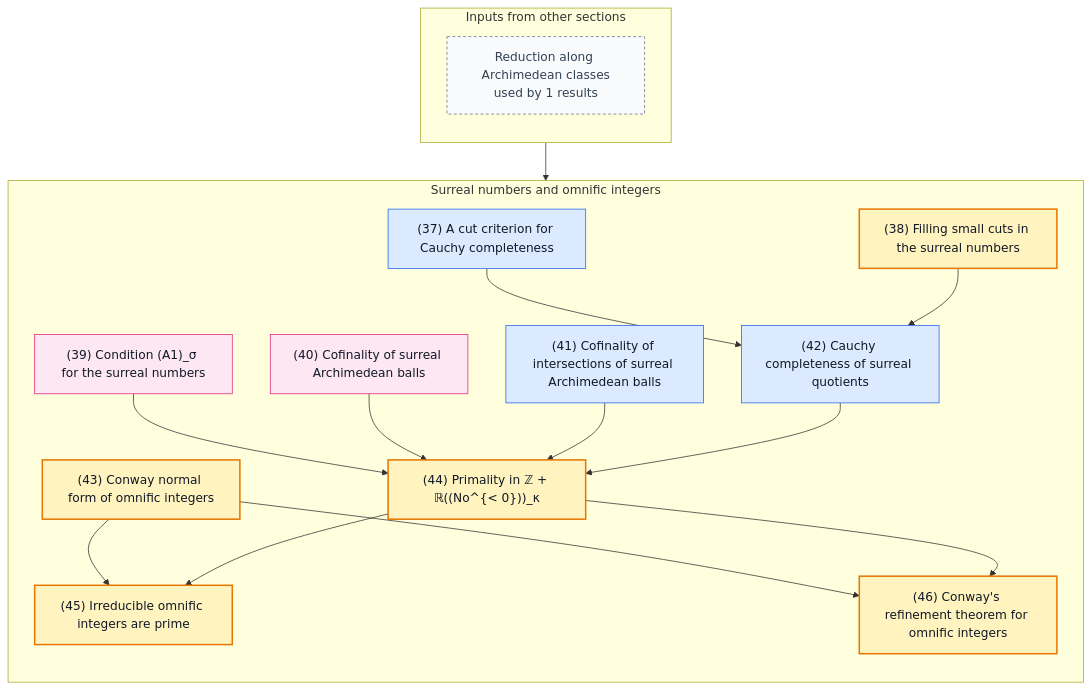
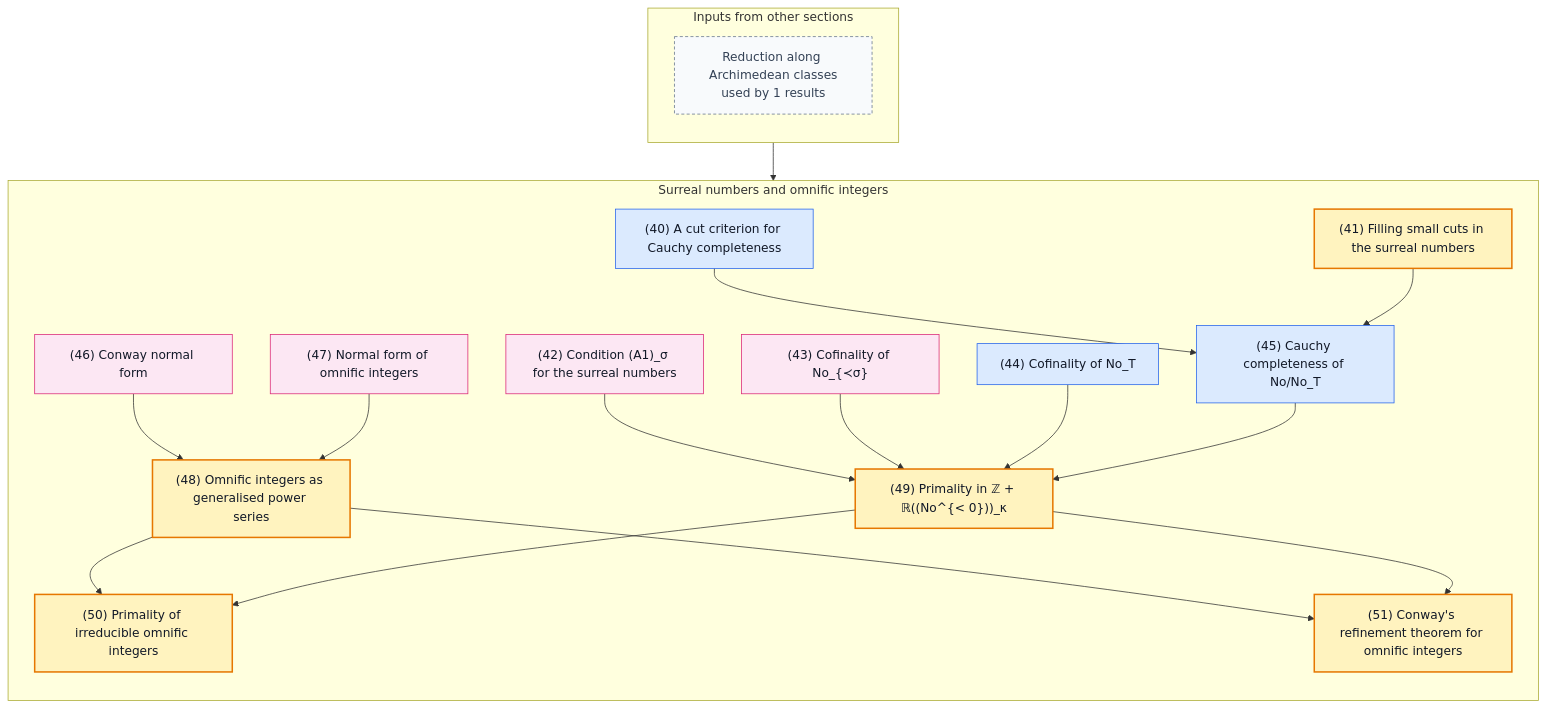
The fifth of 5 diagrams in README.md (gaearon/conway-refinement), drawn with Mermaid before and after one commit. The commit also changed other lines of this file and 36 other files, not shown here.

````diff
--- a/README.md
+++ b/README.md
@@ -410,53 +422,59 @@
 ```mermaid
 %% Generated by scripts/blueprint.sh; do not edit.
 %% Other sections are compressed to boundary nodes.
 %% Solid arrows are proof dependencies; dashed arrows are statement dependencies.
 flowchart TB
   subgraph inputs["Inputs from other sections"]
     direction TB
     in0["Reduction along Archimedean classes<br/>used by 1 results"]:::boundary
   end
   subgraph current["Surreal numbers and omnific integers"]
     direction TB
-    n037["(37) A cut criterion for Cauchy completeness"]:::lemma
-    n038["(38) Filling small cuts in the surreal numbers"]:::theorem
-    n039["(39) Condition (A1)_σ for the surreal numbers"]:::fact
-    n040["(40) Cofinality of surreal Archimedean balls"]:::fact
-    n041["(41) Cofinality of intersections of surreal Archimedean balls"]:::lemma
-    n042["(42) Cauchy completeness of surreal quotients"]:::lemma
-    n043["(43) Conway normal form of omnific integers"]:::theorem
-    n044["(44) Primality in ℤ + ℝ((No^{&lt; 0}))_κ"]:::theorem
-    n045["(45) Irreducible omnific integers are prime"]:::theorem
-    n046["(46) Conway's refinement theorem for omnific integers"]:::theorem
+    n040["(40) A cut criterion for Cauchy completeness"]:::lemma
+    n041["(41) Filling small cuts in the surreal numbers"]:::theorem
+    n042["(42) Condition (A1)_σ for the surreal numbers"]:::fact
+    n043["(43) Cofinality of No_{≺σ}"]:::fact
+    n044["(44) Cofinality of No_T"]:::lemma
+    n045["(45) Cauchy completeness of No/No_T"]:::lemma
+    n046["(46) Conway normal form"]:::fact
+    n047["(47) Normal form of omnific integers"]:::fact
+    n048["(48) Omnific integers as generalised power series"]:::theorem
+    n049["(49) Primality in ℤ + ℝ((No^{&lt; 0}))_κ"]:::theorem
+    n050["(50) Primality of irreducible omnific integers"]:::theorem
+    n051["(51) Conway's refinement theorem for omnific integers"]:::theorem
   end
 
-  n037 --> n042
-  n038 --> n042
-  n039 --> n044
-  n040 --> n044
-  n041 --> n044
-  n042 --> n044
-  n043 --> n045
-  n044 --> n045
-  n043 --> n046
-  n044 --> n046
-  in0 --> n044
-  click n037 "https://gaearon.github.io/conway-refinement/#/result/complete-of-coinitial-scales-and-cut-filling" "Open the statement for lemma 37"
-  click n038 "https://gaearon.github.io/conway-refinement/#/result/surreal-simplicity-small-cuts" "Open the statement for theorem 38"
-  click n039 "https://gaearon.github.io/conway-refinement/#/result/surreal-archimedean-strata" "Open the statement for fact 39"
-  click n040 "https://gaearon.github.io/conway-refinement/#/result/surreal-archimedean-ball-cofinality" "Open the statement for fact 40"
-  click n041 "https://gaearon.github.io/conway-refinement/#/result/surreal-common-tail-cofinality" "Open the statement for lemma 41"
-  click n042 "https://gaearon.github.io/conway-refinement/#/result/surreal-common-tail-quotient-complete" "Open the statement for lemma 42"
-  click n043 "https://gaearon.github.io/conway-refinement/#/result/signed-normal-form-omnific-integer-equivalence" "Open the statement for theorem 43"
-  click n044 "https://gaearon.github.io/conway-refinement/#/result/surreal-hahn-integer-part-primality" "Open the statement for theorem 44"
-  click n045 "https://gaearon.github.io/conway-refinement/#/result/omnific-factorisation" "Open the statement for theorem 45"
-  click n046 "https://gaearon.github.io/conway-refinement/#/result/conway-refinement" "Open the statement for theorem 46"
+  n040 --> n045
+  n041 --> n045
+  n046 --> n048
+  n047 --> n048
+  n042 --> n049
+  n043 --> n049
+  n044 --> n049
+  n045 --> n049
+  n048 --> n050
+  n049 --> n050
+  n048 --> n051
+  n049 --> n051
+  in0 --> n049
+  click n040 "https://gaearon.github.io/conway-refinement/#/result/complete-of-coinitial-scales-and-cut-filling" "Open the statement for lemma 40"
+  click n041 "https://gaearon.github.io/conway-refinement/#/result/surreal-simplicity-small-cuts" "Open the statement for theorem 41"
+  click n042 "https://gaearon.github.io/conway-refinement/#/result/surreal-archimedean-strata" "Open the statement for fact 42"
+  click n043 "https://gaearon.github.io/conway-refinement/#/result/surreal-archimedean-ball-cofinality" "Open the statement for fact 43"
+  click n044 "https://gaearon.github.io/conway-refinement/#/result/surreal-common-tail-cofinality" "Open the statement for lemma 44"
+  click n045 "https://gaearon.github.io/conway-refinement/#/result/surreal-common-tail-quotient-complete" "Open the statement for lemma 45"
+  click n046 "https://gaearon.github.io/conway-refinement/#/result/conway-normal-form" "Open the statement for fact 46"
+  click n047 "https://gaearon.github.io/conway-refinement/#/result/omnific-normal-form" "Open the statement for fact 47"
+  click n048 "https://gaearon.github.io/conway-refinement/#/result/signed-normal-form-omnific-integer-equivalence" "Open the statement for theorem 48"
+  click n049 "https://gaearon.github.io/conway-refinement/#/result/surreal-hahn-integer-part-primality" "Open the statement for theorem 49"
+  click n050 "https://gaearon.github.io/conway-refinement/#/result/omnific-factorisation" "Open the statement for theorem 50"
+  click n051 "https://gaearon.github.io/conway-refinement/#/result/conway-refinement" "Open the statement for theorem 51"
 
   classDef theorem fill:#fff3bf,stroke:#e67700,stroke-width:2px,color:#111827
   classDef definition fill:#f3f4f6,stroke:#4b5563,color:#111827
   classDef lemma fill:#dbeafe,stroke:#2563eb,color:#111827
   classDef proposition fill:#ede9fe,stroke:#7c3aed,color:#111827
   classDef corollary fill:#dcfce7,stroke:#16a34a,color:#111827
   classDef fact fill:#fce7f3,stroke:#db2777,color:#111827
   classDef boundary fill:#f8fafc,stroke:#64748b,stroke-dasharray:4 3,color:#334155
 ```
````
